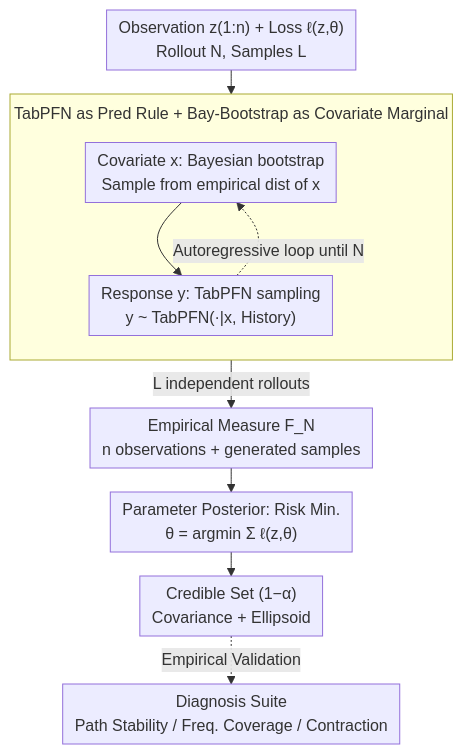
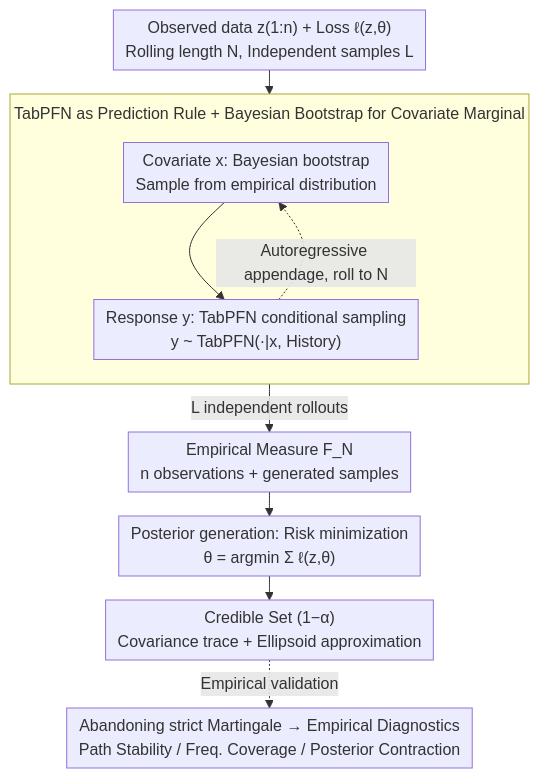
Before and after one commit to zhaoyang97/Paper-Notes-en: the diagram in docs/ICML2026/others/tabmgp_martingale_posterior_with_tabpfn.md, drawn with Mermaid. The commit also changed other lines of this file and 5084 other files, not shown here.

````diff
--- a/docs/ICML2026/others/tabmgp_martingale_posterior_with_tabpfn.md
+++ b/docs/ICML2026/others/tabmgp_martingale_posterior_with_tabpfn.md
@@ -51,17 +51,17 @@
 ```mermaid
 %%{init: {'flowchart': {'rankSpacing': 24, 'nodeSpacing': 28, 'padding': 6, 'wrappingWidth': 400, 'subGraphTitleMargin': {'top': 8, 'bottom': 16}}}}%%
 flowchart TD
-    IN["Observation z(1:n) + Loss ℓ(z,θ)<br/>Rollout N, Samples L"]
-    subgraph ROLL["TabPFN as Pred Rule + Bay-Bootstrap as Covariate Marginal"]
+    IN["Observed data z(1:n) + Loss ℓ(z,θ)<br/>Rolling length N, Independent samples L"]
+    subgraph ROLL["TabPFN as Prediction Rule + Bayesian Bootstrap for Covariate Marginal"]
         direction TB
-        X["Covariate x: Bayesian bootstrap<br/>Sample from empirical dist of x"]
-        Y["Response y: TabPFN sampling<br/>y ~ TabPFN(·|x, History)"]
+        X["Covariate x: Bayesian bootstrap<br/>Sample from empirical distribution"]
+        Y["Response y: TabPFN conditional sampling<br/>y ~ TabPFN(·|x, History)"]
         X --> Y
-        Y -.->|Autoregressive loop until N| X
+        Y -.->|Autoregressive appendage, roll to N| X
     end
     IN --> ROLL
     ROLL -->|L independent rollouts| FN["Empirical Measure F_N<br/>n observations + generated samples"]
-    FN --> RISK["Parameter Posterior: Risk Min.<br/>θ = argmin Σ ℓ(z,θ)"]
-    RISK --> CS["Credible Set (1−α)<br/>Covariance + Ellipsoid"]
-    CS -.->|Empirical Validation| DIAG["Diagnosis Suite<br/>Path Stability / Freq. Coverage / Contraction"]
+    FN --> RISK["Posterior generation: Risk minimization<br/>θ = argmin Σ ℓ(z,θ)"]
+    RISK --> CS["Credible Set (1−α)<br/>Covariance trace + Ellipsoid approximation"]
+    CS -.->|Empirical validation| DIAG["Abandoning strict Martingale → Empirical Diagnostics<br/>Path Stability / Freq. Coverage / Posterior Contraction"]
 ```
````
